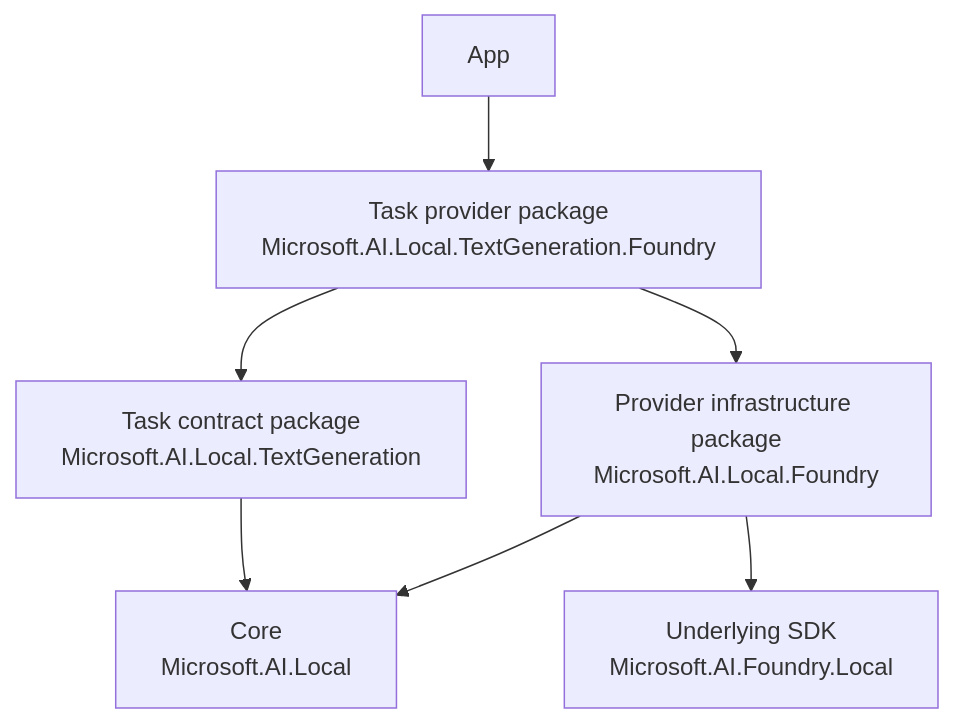
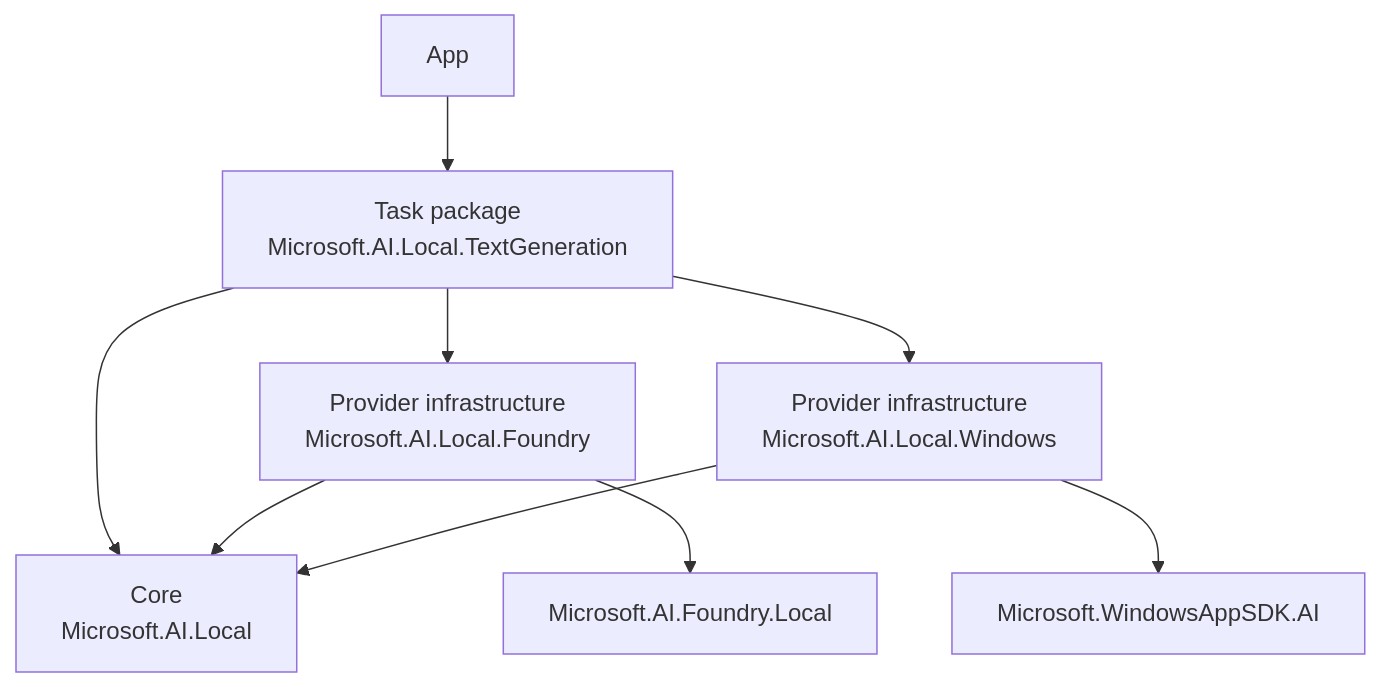
Before and after one commit to andrewleader/converged-ai-apis-foundry-local: the diagram in ARCHITECTURE.md, drawn with Mermaid. The commit also changed other lines of this file and 19 other files, not shown here.

Commit message:
Update docs and catalog site for one package per task

````diff
--- a/ARCHITECTURE.md
+++ b/ARCHITECTURE.md
@@ -17,9 +17,11 @@
 ```mermaid
 flowchart TD
-    App["App"] --> TP["Task provider package<br/>Microsoft.AI.Local.TextGeneration.Foundry"]
-    TP --> TC["Task contract package<br/>Microsoft.AI.Local.TextGeneration"]
-    TP --> PI["Provider infrastructure package<br/>Microsoft.AI.Local.Foundry"]
-    TC --> Core["Core<br/>Microsoft.AI.Local"]
-    PI --> Core
-    PI --> SDK["Underlying SDK<br/>Microsoft.AI.Foundry.Local"]
+    App["App"] --> TP["Task package<br/>Microsoft.AI.Local.TextGeneration"]
+    TP --> Core["Core<br/>Microsoft.AI.Local"]
+    TP --> FI["Provider infrastructure<br/>Microsoft.AI.Local.Foundry"]
+    TP --> WI["Provider infrastructure<br/>Microsoft.AI.Local.Windows"]
+    FI --> Core
+    WI --> Core
+    FI --> FSDK["Microsoft.AI.Foundry.Local"]
+    WI --> WSDK["Microsoft.WindowsAppSDK.AI"]
 ```
````
